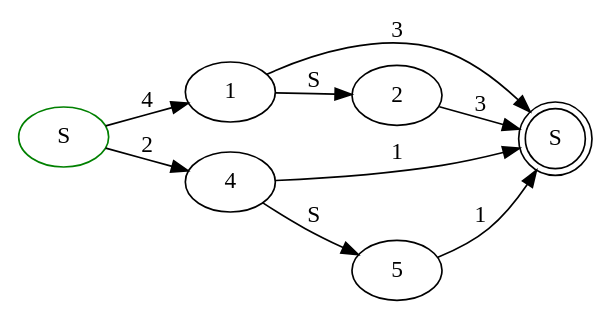
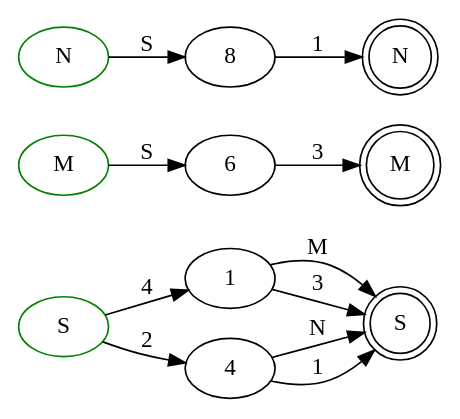
Before and after one commit to IrinaLen/Hometasks: the diagram in data/grammars/Q1.dot, drawn with Graphviz. The commit also changed 6 other files, not shown here.

```diff
--- a/data/grammars/Q1.dot
+++ b/data/grammars/Q1.dot
@@ -1,22 +1,34 @@
 digraph g
 {
-	rankdir = LR;
+    rankdir = LR;
 
-	0[label="S", color="green"];
-	3[label="S",shape="doublecircle"];
-	1;
-	2;
-	4;
-	5;
+    0[label="S", color="green"];
+    3[label="S",shape="doublecircle"];
+    2[label="M", color="green"];
+    7[label="M",shape="doublecircle"];
+    5[label="N", color="green"];
+    9[label="N",shape="doublecircle"];
+    1;
+    2;
+    4;
+    5;
+    6;
+    7;
+    8;
+    9;
 
-	0 -> 1[label = "4"];
-	1 -> 2[label = "S"];
-	2 -> 3[label = "3"];
-	1 -> 3[label = "3"];
+    0 -> 1[label = "4"];
+    1 -> 3[label = "M"];
+    1 -> 3[label = "3"];
 
-	0 -> 4[label = "2"];
-	4 -> 5[label = "S"];
-	5 -> 3[label = "1"];
-	4 -> 3[label = "1"];
-	
+    0 -> 4[label = "2"];
+    4 -> 3[label = "N"];
+    4 -> 3[label = "1"];
+
+    2 -> 6[label = "S"];
+    6 -> 7[label = "3"];
+
+    5 -> 8[label = "S"];
+    8 -> 9[label = "1"];
+    
 }
```
